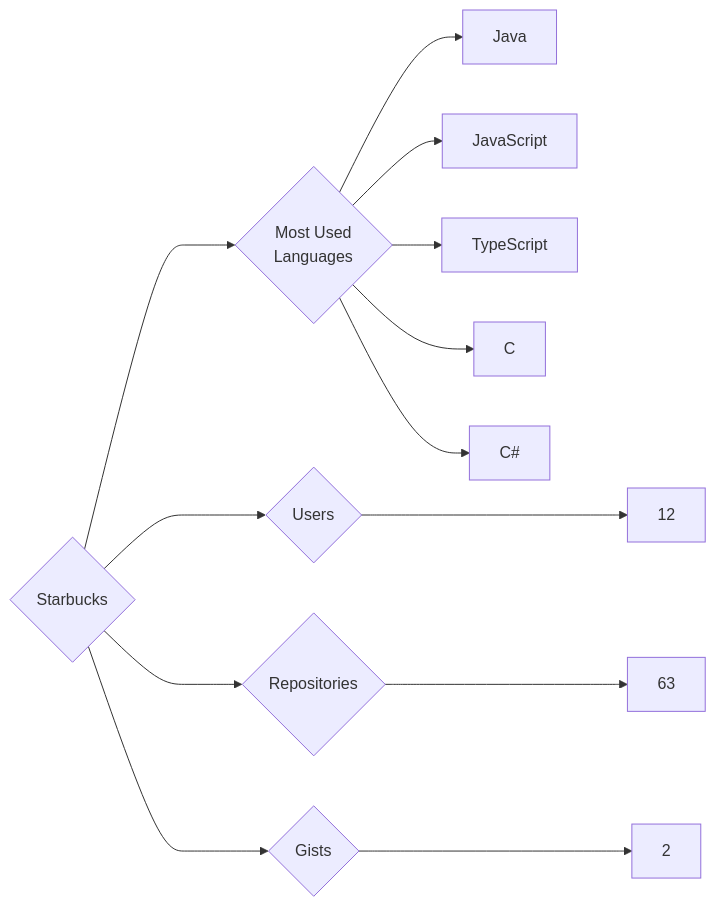
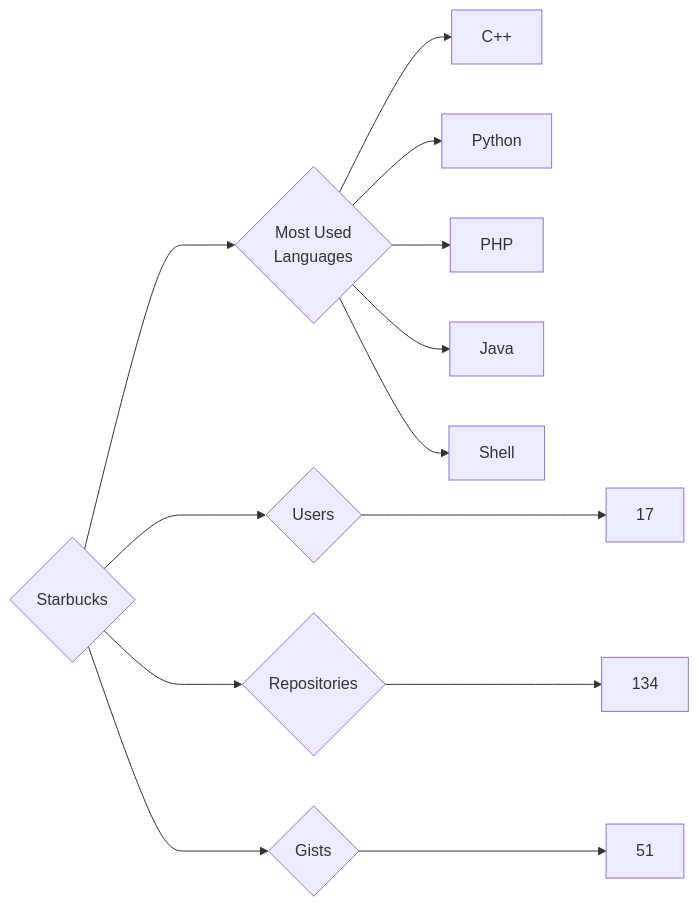
The diagram in targets/Starbucks/README.md (trickest/insiders), drawn with Mermaid before and after one commit. The commit also changed 582 other files, not shown here.

````diff
--- a/targets/Starbucks/README.md
+++ b/targets/Starbucks/README.md
@@ -3,13 +3,13 @@
 ```mermaid
 graph LR
 COMPANY_NAME{Starbucks}
-COMPANY_NAME ---> U{Users} ---> UN[12]
-COMPANY_NAME ---> R{Repositories} ---> RN[63]
-COMPANY_NAME ---> G{Gists} ---> GN[2]
+COMPANY_NAME ---> U{Users} ---> UN[17]
+COMPANY_NAME ---> R{Repositories} ---> RN[134]
+COMPANY_NAME ---> G{Gists} ---> GN[51]
 COMPANY_NAME ---> ML{Most Used<br>Languages}
+ML --> C++[C++]
+ML --> Python[Python]
+ML --> PHP[PHP]
 ML --> Java[Java]
-ML --> JavaScript[JavaScript]
-ML --> TypeScript[TypeScript]
-ML --> C[C]
-ML --> C#[C#]
+ML --> Shell[Shell]
 ```
````
